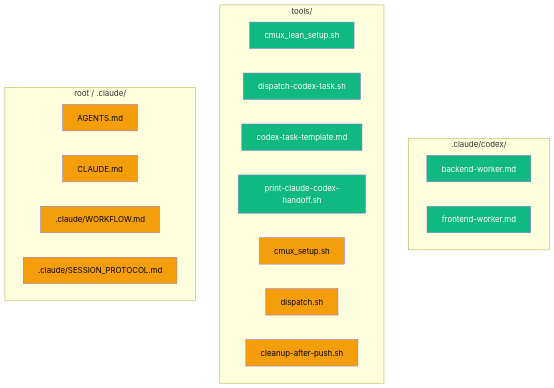
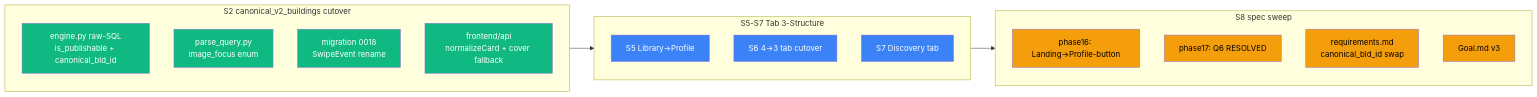
One commit to hongikarchi/archi-tinder changed the eighth of 8 diagrams in .claude/Report.md. Above: the diagram before and after it, drawn with Mermaid. The commit also changed other lines of this file and 7 other files, not shown here.

First line of the commit message:
docs(s8): roadmap + spec sweep — Phase 16-18 + post-S2/S6 reconciliation

````diff
--- a/.claude/Report.md
+++ b/.claude/Report.md
@@ -493,25 +503,26 @@
 ```mermaid
-graph TD
-    subgraph Codex[".claude/codex/"]
-        backend_worker[backend-worker.md]:::new
-        frontend_worker[frontend-worker.md]:::new
+graph LR
+    subgraph S2["S2 canonical_v2_buildings cutover"]
+        engine[engine.py raw-SQL\nis_publishable + canonical_bld_id]:::core
+        parse[parse_query.py\nimage_focus enum]:::core
+        mig[migration 0018\nSwipeEvent rename]:::core
+        front_api[frontend/api\nnormalizeCard + cover fallback]:::core
     end
-    subgraph Tools["tools/"]
-        lean_setup[cmux_lean_setup.sh]:::new
-        dispatch_task[dispatch-codex-task.sh]:::new
-        task_template[codex-task-template.md]:::new
-        print_handoff[print-claude-codex-handoff.sh]:::new
-        cmux_setup[cmux_setup.sh]:::modified
-        dispatch_sh[dispatch.sh]:::modified
-        cleanup[cleanup-after-push.sh]:::modified
+    subgraph Tabs["S5-S7 Tab 3-Structure"]
+        s5[S5 Library→Profile]:::ui
+        s6[S6 4→3 tab cutover]:::ui
+        s7[S7 Discovery tab]:::ui
     end
-    subgraph Root["root / .claude/"]
-        agents_md[AGENTS.md]:::modified
-        claude_md[CLAUDE.md]:::modified
-        workflow_md[.claude/WORKFLOW.md]:::modified
-        session_proto[.claude/SESSION_PROTOCOL.md]:::modified
+    subgraph Docs["S8 spec sweep"]
+        ph16[phase16: Landing→Profile-button]:::doc
+        ph17[phase17: Q6 RESOLVED]:::doc
+        req[requirements.md\ncanonical_bld_id swap]:::doc
+        goal[Goal.md v3]:::doc
     end
 
-    classDef new fill:#10b981,color:#fff
-    classDef modified fill:#f59e0b,color:#000
+    S2 --> Tabs --> Docs
+
+    classDef core fill:#10b981,color:#fff
+    classDef ui fill:#3b82f6,color:#fff
+    classDef doc fill:#f59e0b,color:#000
 ```
````
